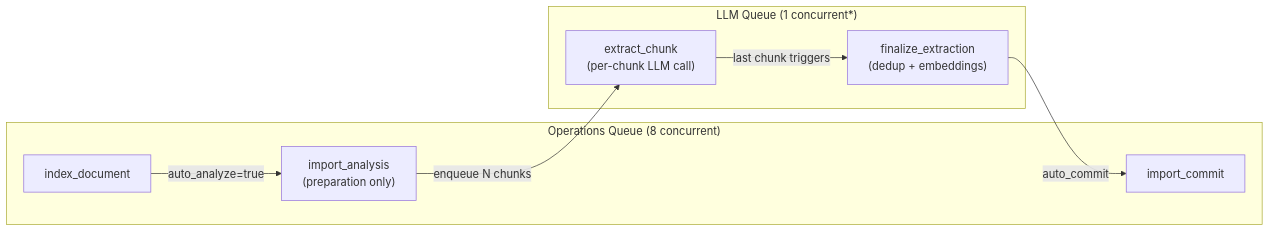
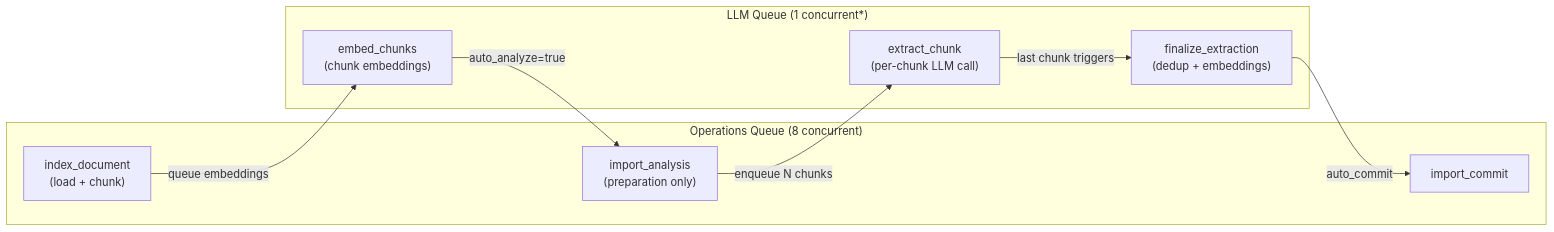
One commit to chaoscypherinc/chaoscypher changed the second of 2 diagrams in packages/docs/docs/architecture/extraction-pipeline/overview.md. Above: the diagram before and after it, drawn with Mermaid. The commit also changed other lines of this file and 1217 other files, not shown here.

````diff
--- a/packages/docs/docs/architecture/extraction-pipeline/overview.md
+++ b/packages/docs/docs/architecture/extraction-pipeline/overview.md
@@ -138,18 +138,20 @@
 ```mermaid
 flowchart LR
     subgraph "Operations Queue (8 concurrent)"
-        A["index_document"]
+        A["index_document\n(load + chunk)"]
         B["import_analysis\n(preparation only)"]
         C["import_commit"]
     end
 
     subgraph "LLM Queue (1 concurrent*)"
+        F["embed_chunks\n(chunk embeddings)"]
         D["extract_chunk\n(per-chunk LLM call)"]
         E["finalize_extraction\n(dedup + embeddings)"]
     end
 
-    A -->|"auto_analyze=true"| B
+    A -->|"queue embeddings"| F
+    F -->|"auto_analyze=true"| B
     B -->|"enqueue N chunks"| D
     D -->|"last chunk triggers"| E
     E -->|"auto_commit"| C
 ```
````
